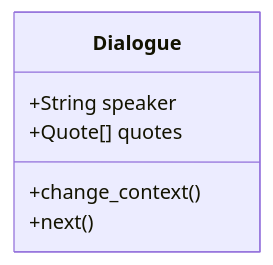
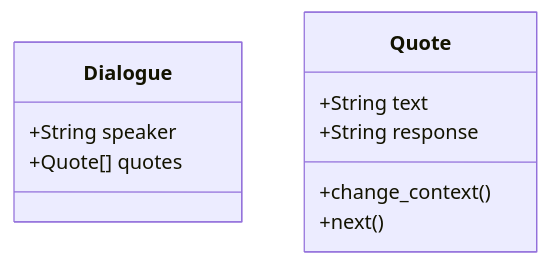
The fourth of 5 diagrams in README.md (coreapostrophe/fabulist), drawn with Mermaid before and after one commit. The commit also changed other lines of this file and 1 other file, not shown here.

````diff
--- a/README.md
+++ b/README.md
@@ -66,9 +74,15 @@
 ```mermaid
 classDiagram
     class Dialogue{
         +String speaker
         +Quote[] quotes
+    }
+
+    
+    class Quote{
+        +String text
+        +String response
         +change_context()
         +next()
     }
 ```
````
